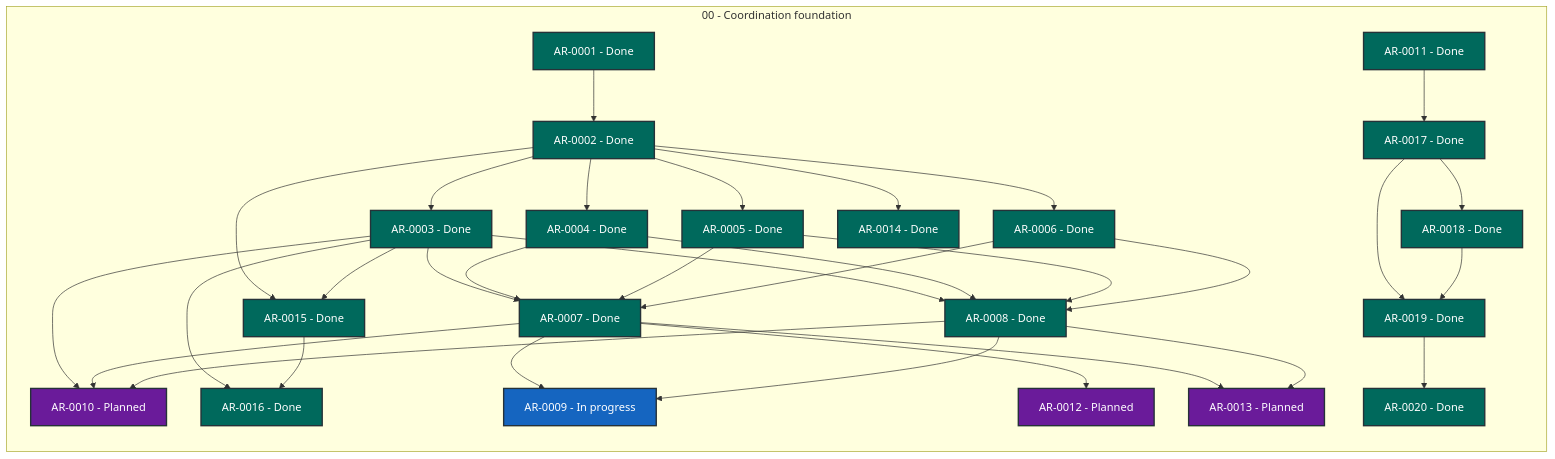
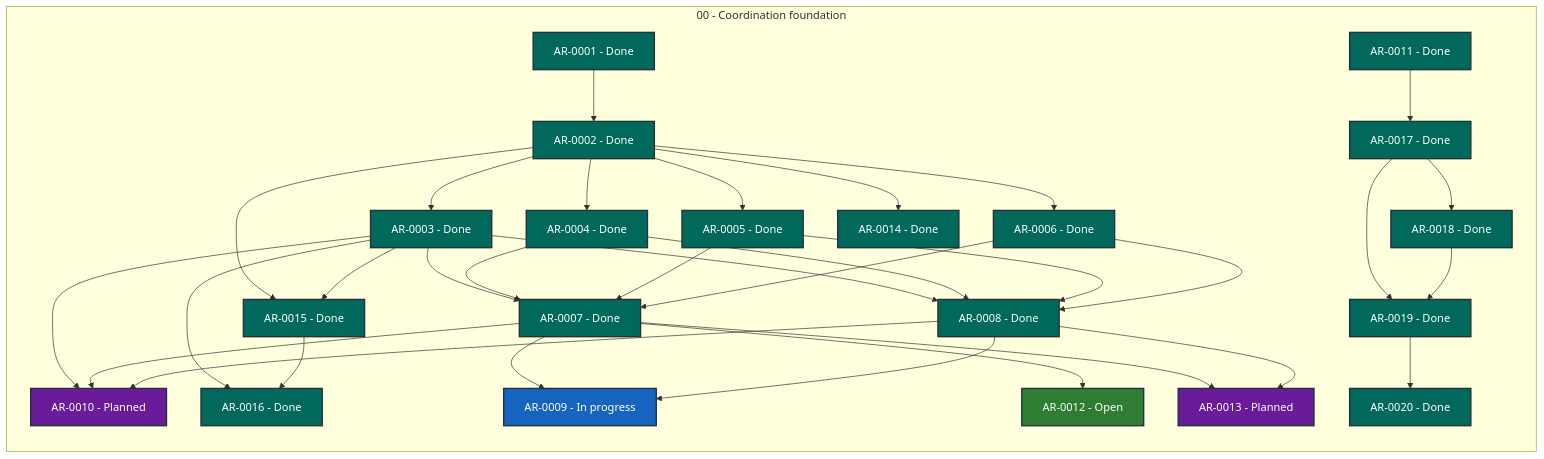
Before and after one commit to martin-beck/agent-workflow-coordinator-state: the diagram in STATUS.md, drawn with Mermaid. The commit also changed other lines of this file and 2 other files, not shown here.

````diff
--- a/STATUS.md
+++ b/STATUS.md
@@ -27,65 +27,65 @@
 ```mermaid
 flowchart LR
     subgraph series_00["00 - Coordination foundation"]
         direction TB
         AR_0001["AR-0001 - Done"]:::status_done
         AR_0002["AR-0002 - Done"]:::status_done
         AR_0003["AR-0003 - Done"]:::status_done
         AR_0004["AR-0004 - Done"]:::status_done
         AR_0005["AR-0005 - Done"]:::status_done
         AR_0006["AR-0006 - Done"]:::status_done
         AR_0007["AR-0007 - Done"]:::status_done
         AR_0008["AR-0008 - Done"]:::status_done
         AR_0009["AR-0009 - In progress"]:::status_in_progress
         AR_0010["AR-0010 - Planned"]:::status_planned
         AR_0011["AR-0011 - Done"]:::status_done
-        AR_0012["AR-0012 - Planned"]:::status_planned
+        AR_0012["AR-0012 - Open"]:::status_open
         AR_0013["AR-0013 - Planned"]:::status_planned
         AR_0014["AR-0014 - Done"]:::status_done
         AR_0015["AR-0015 - Done"]:::status_done
         AR_0016["AR-0016 - Done"]:::status_done
         AR_0017["AR-0017 - Done"]:::status_done
         AR_0018["AR-0018 - Done"]:::status_done
         AR_0019["AR-0019 - Done"]:::status_done
         AR_0020["AR-0020 - Done"]:::status_done
     end
     AR_0001 --> AR_0002
     AR_0002 --> AR_0003
     AR_0002 --> AR_0004
     AR_0002 --> AR_0005
     AR_0002 --> AR_0006
     AR_0002 --> AR_0014
     AR_0002 --> AR_0015
     AR_0003 --> AR_0007
     AR_0003 --> AR_0008
     AR_0003 --> AR_0010
     AR_0003 --> AR_0015
     AR_0003 --> AR_0016
     AR_0004 --> AR_0007
     AR_0004 --> AR_0008
     AR_0005 --> AR_0007
     AR_0005 --> AR_0008
     AR_0006 --> AR_0007
     AR_0006 --> AR_0008
     AR_0007 --> AR_0009
     AR_0007 --> AR_0010
     AR_0007 --> AR_0012
     AR_0007 --> AR_0013
     AR_0008 --> AR_0009
     AR_0008 --> AR_0010
     AR_0008 --> AR_0013
     AR_0011 --> AR_0017
     AR_0015 --> AR_0016
     AR_0017 --> AR_0018
     AR_0017 --> AR_0019
     AR_0018 --> AR_0019
     AR_0019 --> AR_0020
     classDef status_in_progress fill:#1565c0,color:#ffffff,stroke:#263238,stroke-width:2px
     classDef status_open fill:#2e7d32,color:#ffffff,stroke:#263238,stroke-width:2px
     classDef status_blocked fill:#c62828,color:#ffffff,stroke:#263238,stroke-width:2px
     classDef status_planned fill:#6a1b9a,color:#ffffff,stroke:#263238,stroke-width:2px
     classDef status_future fill:#455a64,color:#ffffff,stroke:#263238,stroke-width:2px
     classDef status_done fill:#00695c,color:#ffffff,stroke:#263238,stroke-width:2px
     classDef status_cancelled fill:#616161,color:#ffffff,stroke:#263238,stroke-width:2px
     classDef status_superseded fill:#5d4037,color:#ffffff,stroke:#263238,stroke-width:2px
 ```
````
